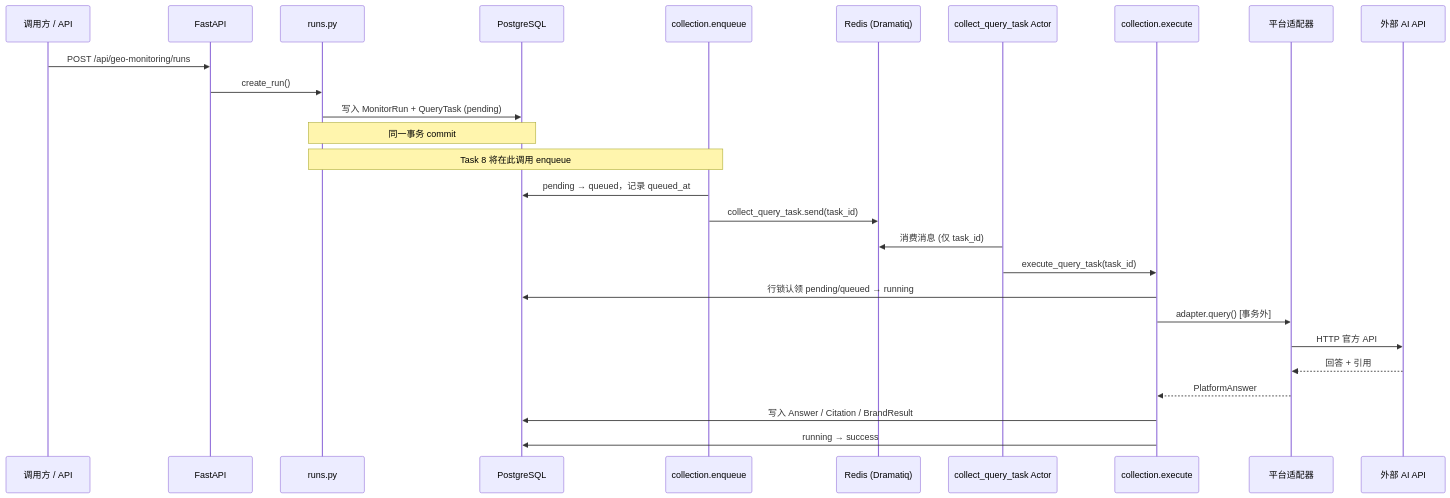
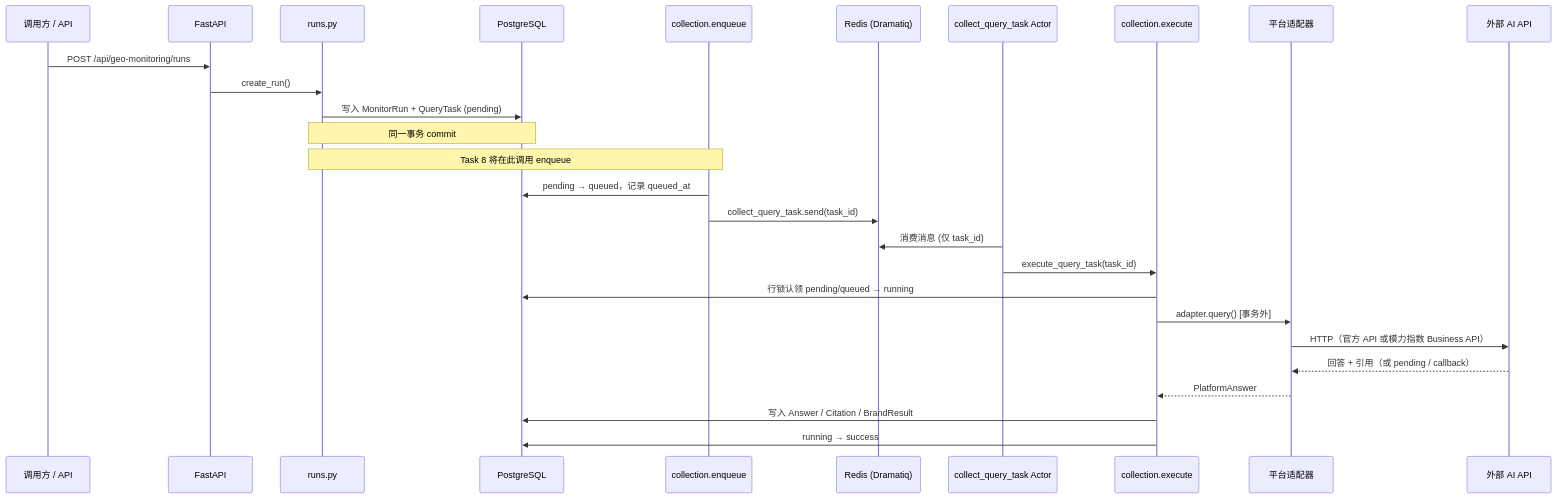
The first of 2 diagrams in docs/采集任务生命周期说明.md (ZengZhiYuan/GEO-Platform), drawn with Mermaid before and after one commit. The commit also changed other lines of this file and 9 other files, not shown here.

````diff
--- a/docs/采集任务生命周期说明.md
+++ b/docs/采集任务生命周期说明.md
@@ -47,32 +49,32 @@
 ```mermaid
 sequenceDiagram
     participant Client as 调用方 / API
     participant API as FastAPI
     participant RunSvc as runs.py
     participant DB as PostgreSQL
     participant Enq as collection.enqueue
     participant Redis as Redis (Dramatiq)
     participant Worker as collect_query_task Actor
     participant Coll as collection.execute
     participant Adapter as 平台适配器
     participant Platform as 外部 AI API
 
     Client->>API: POST /api/geo-monitoring/runs
     API->>RunSvc: create_run()
     RunSvc->>DB: 写入 MonitorRun + QueryTask (pending)
     Note over RunSvc,DB: 同一事务 commit
 
     Note over RunSvc,Enq: Task 8 将在此调用 enqueue
     Enq->>DB: pending → queued，记录 queued_at
     Enq->>Redis: collect_query_task.send(task_id)
 
     Worker->>Redis: 消费消息 (仅 task_id)
     Worker->>Coll: execute_query_task(task_id)
     Coll->>DB: 行锁认领 pending/queued → running
     Coll->>Adapter: adapter.query() [事务外]
-    Adapter->>Platform: HTTP 官方 API
-    Platform-->>Adapter: 回答 + 引用
+    Adapter->>Platform: HTTP（官方 API 或模力指数 Business API）
+    Platform-->>Adapter: 回答 + 引用（或 pending / callback）
     Adapter-->>Coll: PlatformAnswer
     Coll->>DB: 写入 Answer / Citation / BrandResult
     Coll->>DB: running → success
 ```
````
